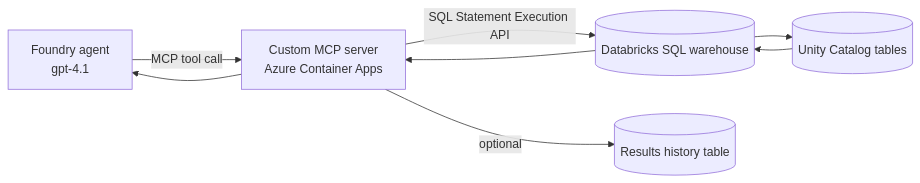
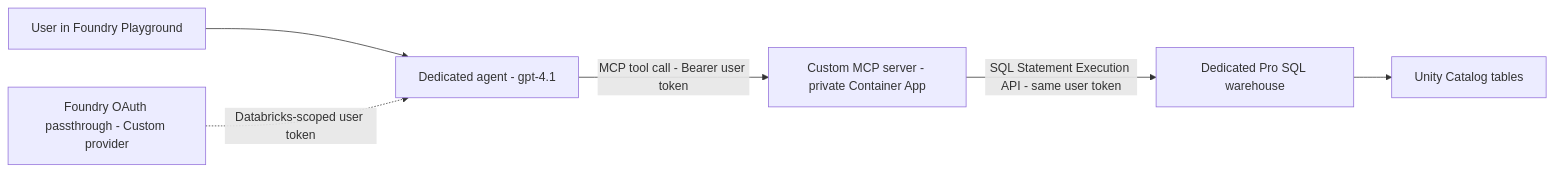
One commit to acworkma/foundry-databricks changed the diagram in docs/integration/custom-mcp-server.md. Above: the diagram before and after it, drawn with Mermaid. The commit also changed other lines of this file and 7 other files, not shown here.

First line of the commit message:
Custom MCP (Pattern E): private Container App + Entra OAuth Bicep + built docs

````diff
--- a/docs/integration/custom-mcp-server.md
+++ b/docs/integration/custom-mcp-server.md
@@ -22,8 +26,8 @@
 ```mermaid
 flowchart LR
-    A[Foundry agent<br/>gpt-4.1] -- MCP tool call --> B[Custom MCP server<br/>Azure Container Apps]
-    B -- SQL Statement Execution API --> C[(Databricks SQL warehouse)]
-    C --> D[(Unity Catalog tables)]
-    B -- optional --> E[(Results history table)]
-    D --> C --> B --> A
+    U[User in Foundry Playground] --> AG[Dedicated agent - gpt-4.1]
+    AG -->|MCP tool call - Bearer user token| MCP[Custom MCP server - private Container App]
+    MCP -->|SQL Statement Execution API - same user token| WH[Dedicated Pro SQL warehouse]
+    WH --> UC[Unity Catalog tables]
+    OA[Foundry OAuth passthrough - Custom provider] -.->|Databricks-scoped user token| AG
 ```
````
